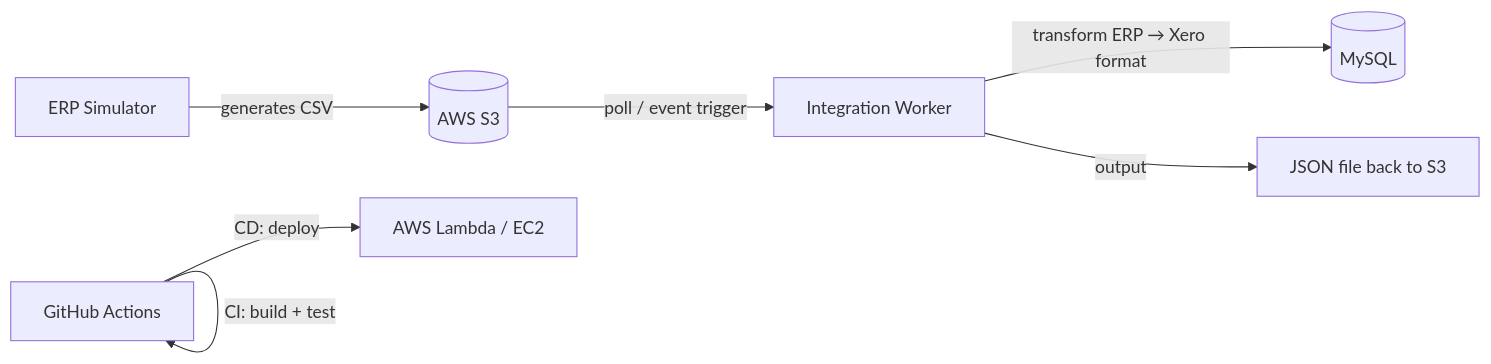
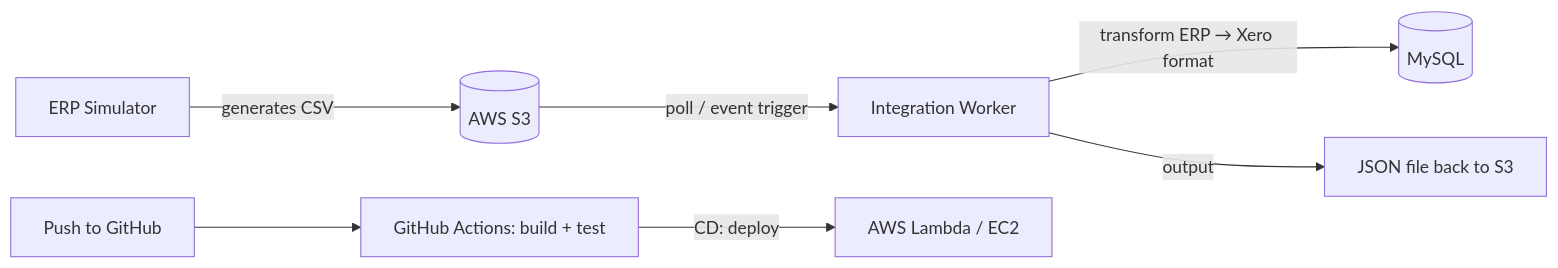
The diagram in README.md (mia724430/erp-finance-integration), drawn with Mermaid before and after one commit. The commit also changed other lines of this file and 1 other file, not shown here.

First line of the commit message:
Add GitHub Actions CI and polish README (Day 7)

````diff
--- a/README.md
+++ b/README.md
@@ -17,9 +19,9 @@
 ```mermaid
 flowchart LR
     A[ERP Simulator] -->|generates CSV| B[(AWS S3)]
     B -->|poll / event trigger| C[Integration Worker]
     C -->|transform ERP → Xero format| D[(MySQL)]
     C -->|output| E[JSON file back to S3]
-    F[GitHub Actions] -->|CI: build + test| F
-    F -->|CD: deploy| G[AWS Lambda / EC2]
+    F[Push to GitHub] --> G[GitHub Actions: build + test]
+    G -->|CD: deploy| H[AWS Lambda / EC2]
 ```
````
